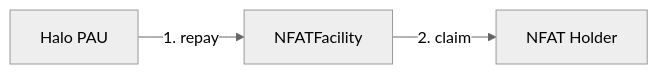
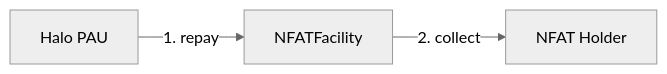
One commit to archon-research/nfat changed the second of 3 diagrams in README.md. Above: the diagram before and after it, drawn with Mermaid (neutral theme). The commit also changed other lines of this file and 6 other files, not shown here.

````diff
--- a/README.md
+++ b/README.md
@@ -33,5 +33,5 @@
 ```mermaid
 flowchart LR
     HaloPAU[Halo PAU] -->|1. repay| Facility[NFATFacility]
-    Facility -->|2. claim| Holder[NFAT Holder]
+    Facility -->|2. collect| Holder[NFAT Holder]
 ```
````
